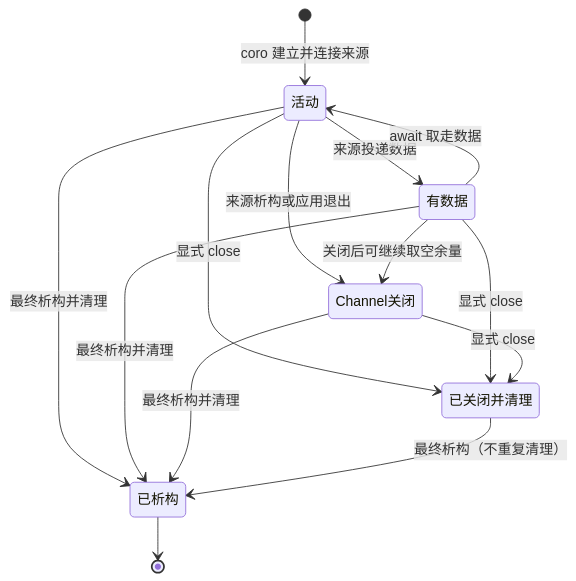
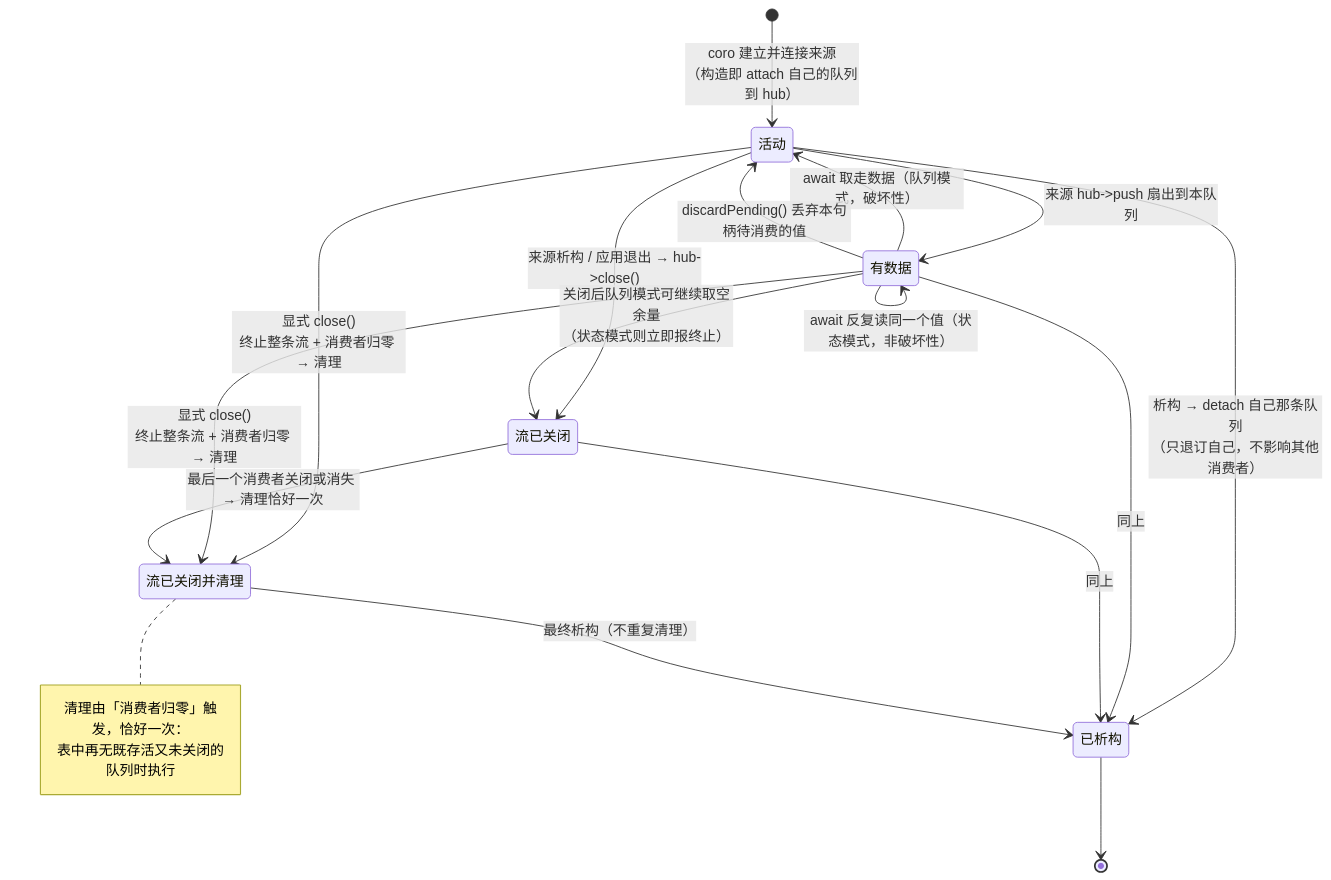
Before and after one commit to Ste7an-cs/AsyncTask: the diagram in doc/img/sdd-15-ms_awaitable_lifecycle.mmd, drawn with Mermaid. The commit also changed 9 other files, not shown here.

First line of the commit message:
docs: 按 ChannelHub 与状态模式重画全部相关图表

```diff
--- a/doc/img/sdd-15-ms_awaitable_lifecycle.mmd
+++ b/doc/img/sdd-15-ms_awaitable_lifecycle.mmd
@@ -1,14 +1,24 @@
 stateDiagram-v2
-    [*] --> 活动: coro 建立并连接来源
-    活动 --> 有数据: 来源投递数据
-    有数据 --> 活动: await 取走数据
-    活动 --> Channel关闭: 来源析构或应用退出
-    有数据 --> Channel关闭: 关闭后可继续取空余量
-    活动 --> 已关闭并清理: 显式 close
-    有数据 --> 已关闭并清理: 显式 close
-    Channel关闭 --> 已关闭并清理: 显式 close
-    活动 --> 已析构: 最终析构并清理
-    有数据 --> 已析构: 最终析构并清理
-    Channel关闭 --> 已析构: 最终析构并清理
-    已关闭并清理 --> 已析构: 最终析构（不重复清理）
+    [*] --> 活动: coro 建立并连接来源<br/>（构造即 attach 自己的队列到 hub）
+    活动 --> 有数据: 来源 hub->push 扇出到本队列
+    有数据 --> 活动: await 取走数据（队列模式，破坏性）
+    有数据 --> 有数据: await 反复读同一个值（状态模式，非破坏性）
+    有数据 --> 活动: discardPending() 丢弃本句柄待消费的值
+
+    活动 --> 流已关闭: 来源析构 / 应用退出 → hub->close()
+    有数据 --> 流已关闭: 关闭后队列模式可继续取空余量<br/>（状态模式则立即报终止）
+
+    活动 --> 流已关闭并清理: 显式 close()<br/>终止整条流 + 消费者归零 → 清理
+    有数据 --> 流已关闭并清理: 显式 close()<br/>终止整条流 + 消费者归零 → 清理
+    流已关闭 --> 流已关闭并清理: 最后一个消费者关闭或消失 → 清理恰好一次
+
+    活动 --> 已析构: 析构 → detach 自己那条队列<br/>（只退订自己，不影响其他消费者）
+    有数据 --> 已析构: 同上
+    流已关闭 --> 已析构: 同上
+    流已关闭并清理 --> 已析构: 最终析构（不重复清理）
     已析构 --> [*]
+
+    note right of 流已关闭并清理
+        清理由「消费者归零」触发，恰好一次：
+        表中再无既存活又未关闭的队列时执行
+    end note
```
